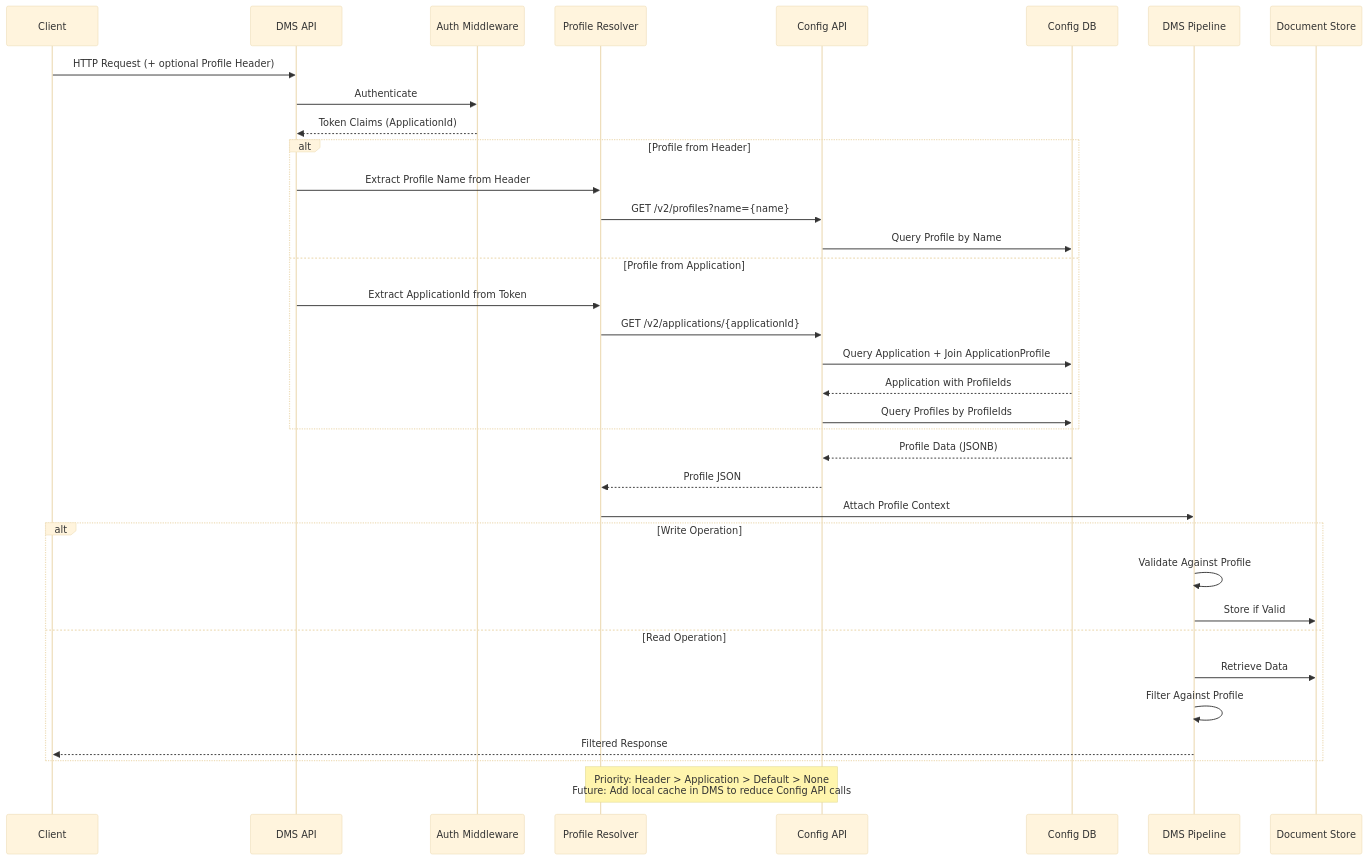
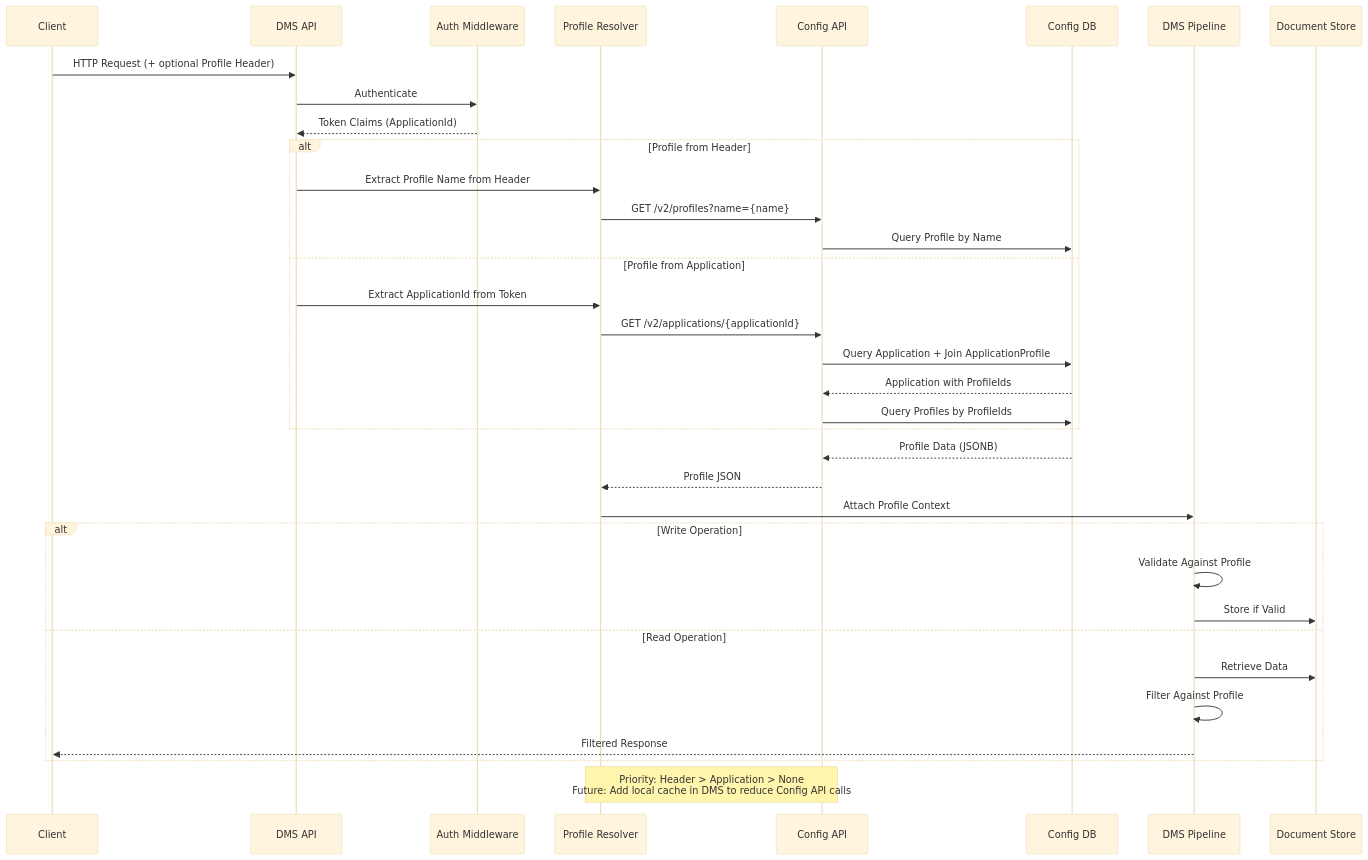
Before and after one commit to Ed-Fi-Alliance-OSS/Data-Management-Service: the second of 5 diagrams in docs/Profiles/API-PROFILES-DESIGN.md, drawn with Mermaid (base theme). The commit also changed other lines of this file, not shown here.

First line of the commit message:
Update API-PROFILES-DESIGN.md

````diff
--- a/docs/Profiles/API-PROFILES-DESIGN.md
+++ b/docs/Profiles/API-PROFILES-DESIGN.md
@@ -190,42 +190,42 @@
 ```mermaid
 sequenceDiagram
     participant Client
     participant DMS as DMS API
     participant Auth as Auth Middleware
     participant Resolver as Profile Resolver
     participant ConfigAPI as Config API
     participant ConfigDB as Config DB
     participant Pipeline as DMS Pipeline
     participant Backend as Document Store
     
     Client->>DMS: HTTP Request (+ optional Profile Header)
     DMS->>Auth: Authenticate
     Auth-->>DMS: Token Claims (ApplicationId)
     
     alt Profile from Header
         DMS->>Resolver: Extract Profile Name from Header
         Resolver->>ConfigAPI: GET /v2/profiles?name={name}
         ConfigAPI->>ConfigDB: Query Profile by Name
     else Profile from Application
         DMS->>Resolver: Extract ApplicationId from Token
         Resolver->>ConfigAPI: GET /v2/applications/{applicationId}
         ConfigAPI->>ConfigDB: Query Application + Join ApplicationProfile
         ConfigDB-->>ConfigAPI: Application with ProfileIds
         ConfigAPI->>ConfigDB: Query Profiles by ProfileIds
     end
     
     ConfigDB-->>ConfigAPI: Profile Data (JSONB)
     ConfigAPI-->>Resolver: Profile JSON
     Resolver->>Pipeline: Attach Profile Context
     
     alt Write Operation
         Pipeline->>Pipeline: Validate Against Profile
         Pipeline->>Backend: Store if Valid
     else Read Operation
         Pipeline->>Backend: Retrieve Data
         Pipeline->>Pipeline: Filter Against Profile
         Pipeline-->>Client: Filtered Response
     end
     
-    Note over Resolver,ConfigAPI: Priority: Header > Application > Default > None<br/>Future: Add local cache in DMS to reduce Config API calls
+    Note over Resolver,ConfigAPI: Priority: Header > Application > None<br/>Future: Add local cache in DMS to reduce Config API calls
 ```
````
